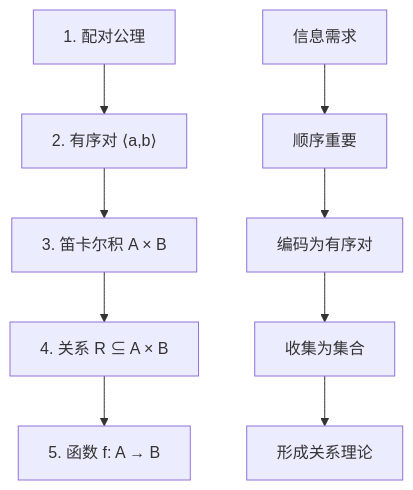
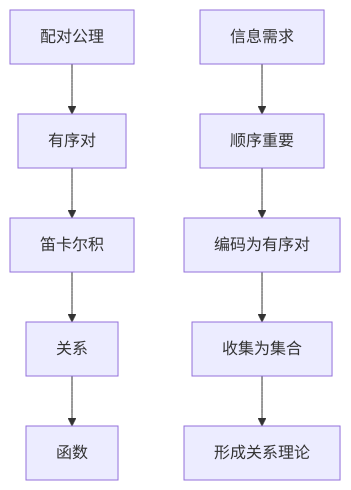
Before and after one commit to edaviogit/math-set-theory-study: the eighth of 10 diagrams in 有序对与关系函数基础解析.md, drawn with Mermaid.

Commit message:
修复第6.1节层次关系图表的Mermaid渲染问题，简化节点标签

````diff
--- a/有序对与关系函数基础解析.md
+++ b/有序对与关系函数基础解析.md
@@ -259,12 +259,12 @@
 ```mermaid
 graph TD
-    A["1. 配对公理"] --> B["2. 有序对 ⟨a,b⟩"]
-    B --> C["3. 笛卡尔积 A × B"]
-    C --> D["4. 关系 R ⊆ A × B"]
-    D --> E["5. 函数 f: A → B"]
+    A[配对公理] --> B[有序对]
+    B --> C[笛卡尔积]
+    C --> D[关系]
+    D --> E[函数]
     
-    F["信息需求"] --> G["顺序重要"]
-    G --> H["编码为有序对"]
-    H --> I["收集为集合"]
-    I --> J["形成关系理论"]
+    F[信息需求] --> G[顺序重要]
+    G --> H[编码为有序对]
+    H --> I[收集为集合]
+    I --> J[形成关系理论]
 ```
````
